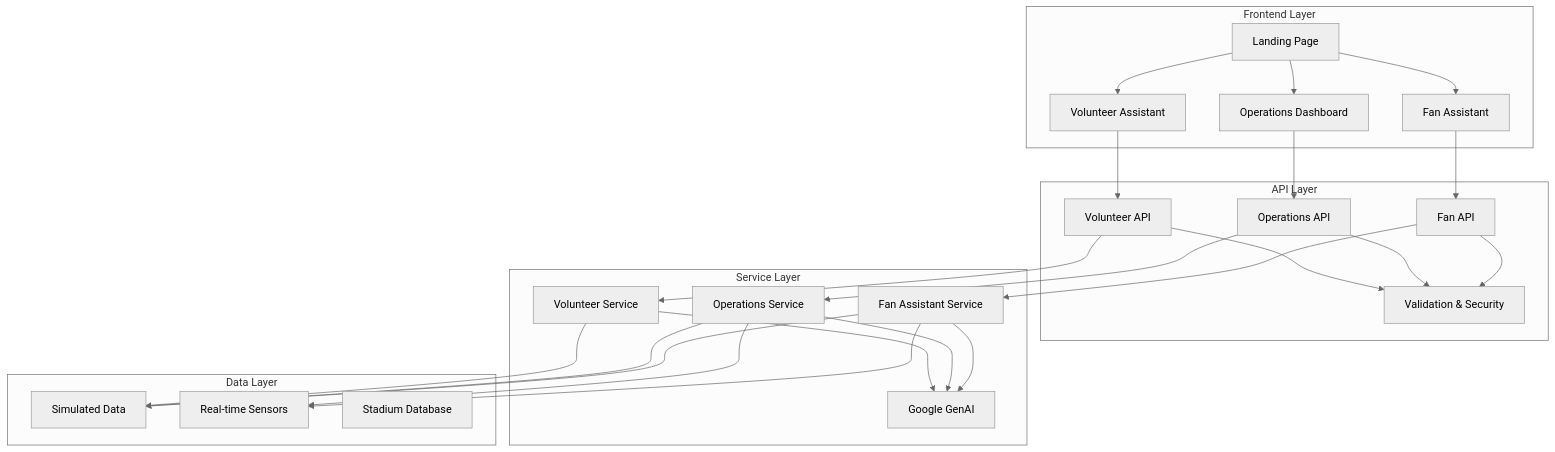
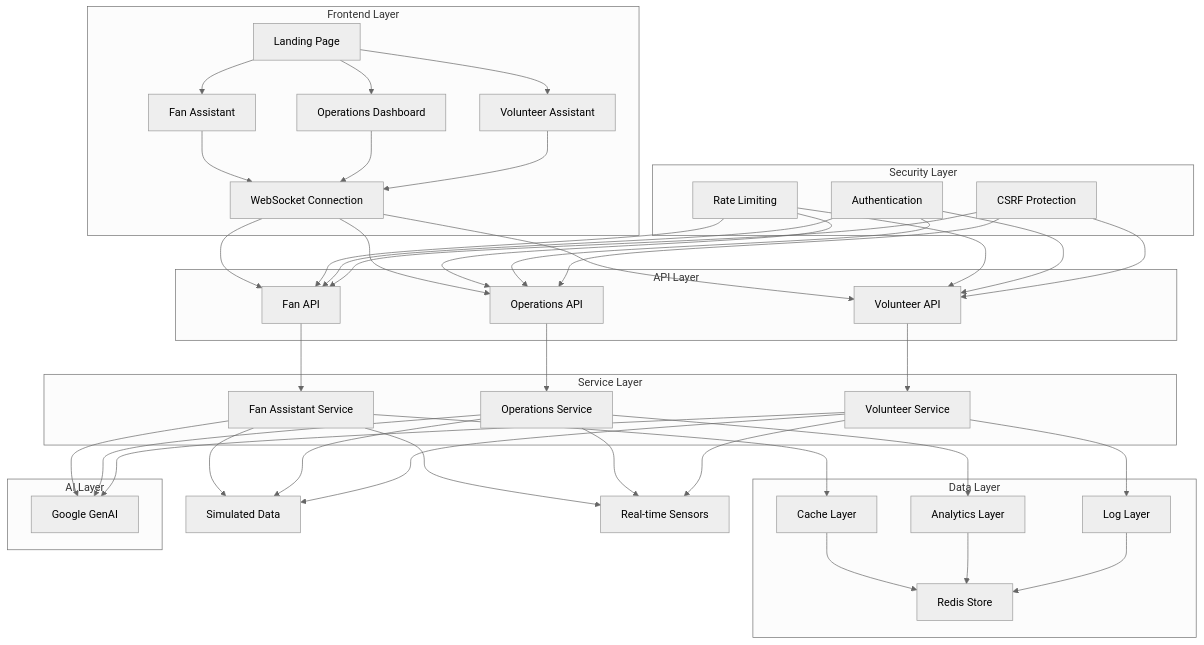
One commit to priyansh-narang2308/stadium-os changed the first of 4 diagrams in README.md. Above: the diagram before and after it, drawn with Mermaid (neutral theme). The commit also changed other lines of this file and 20 other files, not shown here.

````diff
--- a/README.md
+++ b/README.md
@@ -29,38 +27,57 @@
 ```mermaid
 graph TB
     subgraph "Frontend Layer"
         A[Landing Page] --> B[Fan Assistant]
         A --> C[Operations Dashboard]
         A --> D[Volunteer Assistant]
+        B --> E[WebSocket Connection]
+        C --> E
+        D --> E
     end
     
     subgraph "API Layer"
-        E[Fan API] --> F[Validation & Security]
-        G[Operations API] --> F
-        H[Volunteer API] --> F
+        E --> F[Fan API]
+        E --> G[Operations API]
+        E --> H[Volunteer API]
+    end
+    
+    subgraph "Security Layer"
+        I[Rate Limiting] --> F
+        I --> G
+        I --> H
+        J[Authentication] --> F
+        J --> G
+        J --> H
+        K[CSRF Protection] --> F
+        K --> G
+        K --> H
     end
     
     subgraph "Service Layer"
-        I[Fan Assistant Service] --> J[Google GenAI]
-        K[Operations Service] --> J
-        L[Volunteer Service] --> J
+        F --> L[Fan Assistant Service]
+        G --> M[Operations Service]
+        H --> N[Volunteer Service]
     end
     
     subgraph "Data Layer"
-        M[Simulated Data]
-        N[Real-time Sensors]
-        O[Stadium Database]
+        L --> O[Cache Layer]
+        M --> P[Analytics Layer]
+        N --> Q[Log Layer]
+        O --> R[Redis Store]
+        P --> R
+        Q --> R
     end
     
-    B --> E
-    C --> G
-    D --> H
-    E --> I
-    G --> K
-    H --> L
-    I --> M
-    K --> M
-    L --> M
-    I --> N
-    K --> N
+    subgraph "AI Layer"
+        L --> S[Google GenAI]
+        M --> S
+        N --> S
+    end
+    
+    L --> T[Simulated Data]
+    L --> U[Real-time Sensors]
+    M --> T
+    M --> U
+    N --> T
+    N --> U
 ```
````
